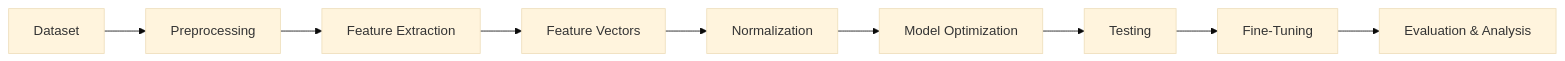
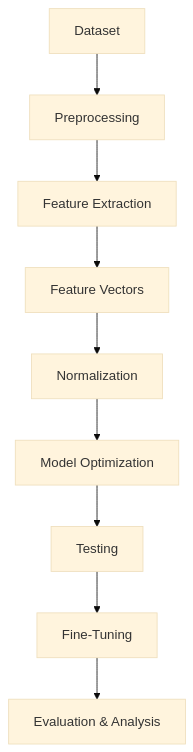
One commit to pgailinas/dip-ai-image-detection changed the diagram in docs/index.md. Above: the diagram before and after it, drawn with Mermaid (base theme). The commit also changed other lines of this file, not shown here.

````diff
--- a/docs/index.md
+++ b/docs/index.md
@@ -28,11 +30,13 @@
 ```mermaid
-flowchart LR
+flowchart TB
+
 A[Dataset] --> B[Preprocessing]
 B --> C[Feature Extraction]
 C --> D[Feature Vectors]
+
 D --> E[Normalization]
 E --> F[Model Optimization]
 F --> G[Testing]
 G --> H[Fine-Tuning]
 H --> I[Evaluation & Analysis]
 ```
````
